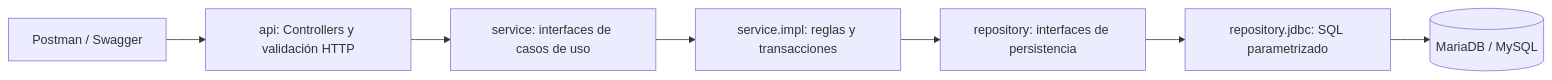
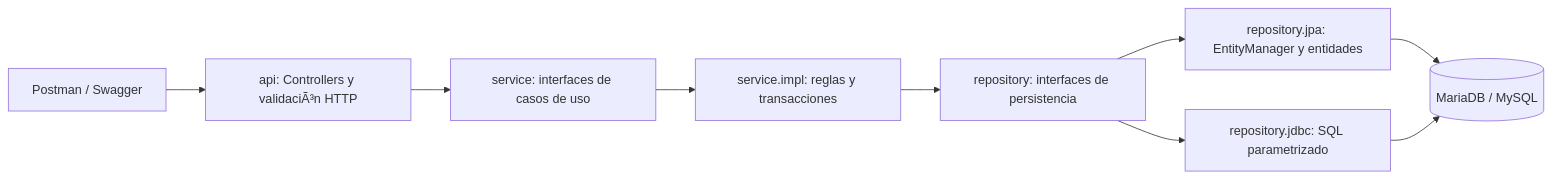
Before and after one commit to AlejandroCardenoP/gestiontorneos: the diagram in docs/arquitectura-solid.md, drawn with Mermaid. The commit also changed other lines of this file and 10 other files, not shown here.

````diff
--- a/docs/arquitectura-solid.md
+++ b/docs/arquitectura-solid.md
@@ -5,9 +5,11 @@
 ```mermaid
 flowchart LR
-    HTTP[Postman / Swagger] --> API[api: Controllers y validación HTTP]
+    HTTP[Postman / Swagger] --> API[api: Controllers y validaciÃ³n HTTP]
     API --> S[service: interfaces de casos de uso]
     S --> I[service.impl: reglas y transacciones]
     I --> R[repository: interfaces de persistencia]
     R --> J[repository.jdbc: SQL parametrizado]
-    J --> DB[(MariaDB / MySQL)]
+    R --> P[repository.jpa: EntityManager y entidades]
+    P --> DB[(MariaDB / MySQL)]
+    J --> DB
 ```
````
